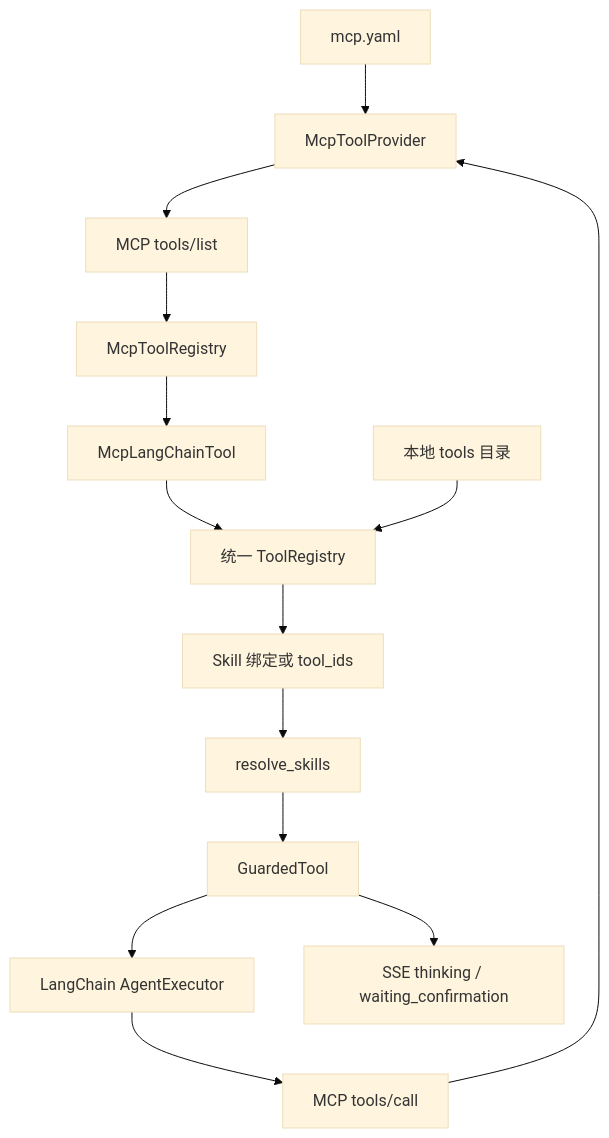
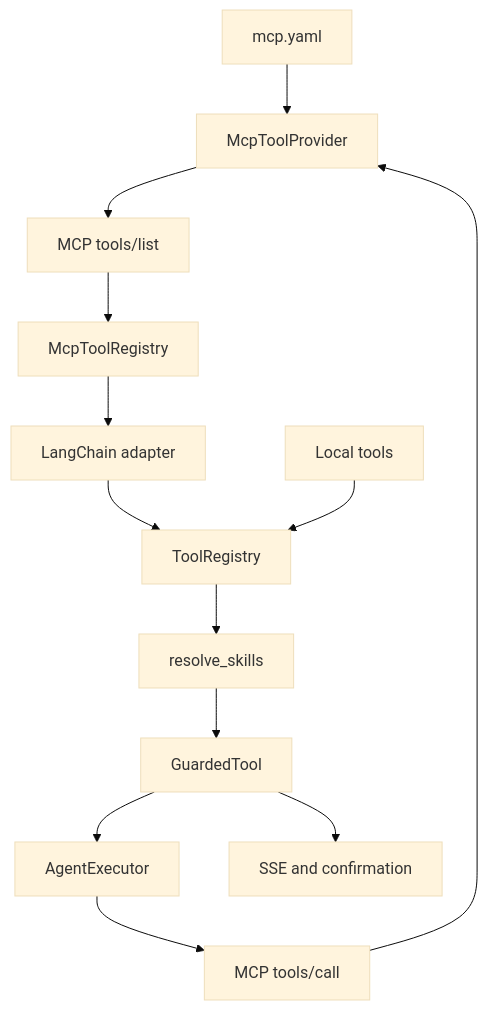
Before and after one commit to STliuEN/Doki-Assistant: the diagram in docs/mcp_integration_plan.md, drawn with Mermaid (base theme). The commit also changed other lines of this file and 15 other files, not shown here.

````diff
--- a/docs/mcp_integration_plan.md
+++ b/docs/mcp_integration_plan.md
@@ -27,18 +34,15 @@
 ```mermaid
 flowchart TD
   Config[mcp.yaml] --> Provider[McpToolProvider]
-  Provider --> Discover[MCP tools/list]
-  Discover --> Registry[McpToolRegistry]
-  Registry --> Adapter[McpLangChainTool]
-  Adapter --> ToolRegistry[统一 ToolRegistry]
-
-  Local[本地 tools 目录] --> ToolRegistry
-  ToolRegistry --> Skill[Skill 绑定或 tool_ids]
-  Skill --> Resolve[resolve_skills]
+  Provider --> List[MCP tools/list]
+  List --> Registry[McpToolRegistry]
+  Registry --> Adapter[LangChain adapter]
+  Adapter --> Unified[ToolRegistry]
+  Local[Local tools] --> Unified
+  Unified --> Resolve[resolve_skills]
   Resolve --> Guard[GuardedTool]
-  Guard --> Agent[LangChain AgentExecutor]
+  Guard --> Agent[AgentExecutor]
   Agent --> Call[MCP tools/call]
   Call --> Provider
-
-  Guard --> Events[SSE thinking / waiting_confirmation]
+  Guard --> Events[SSE and confirmation]
 ```
````
